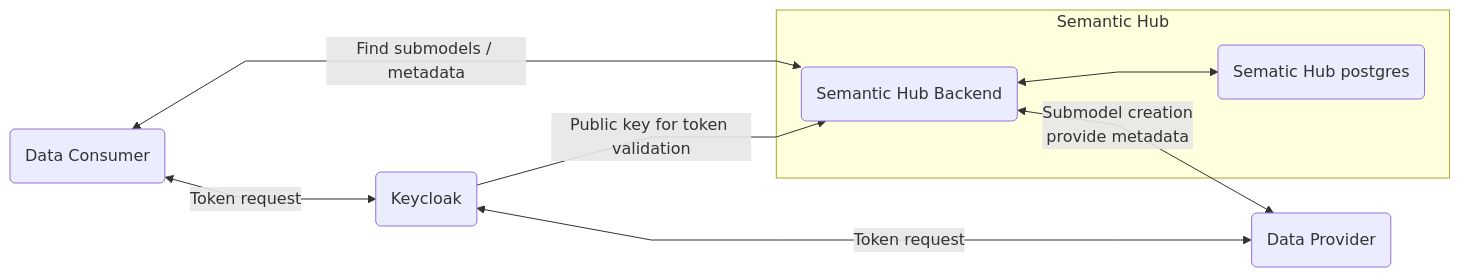
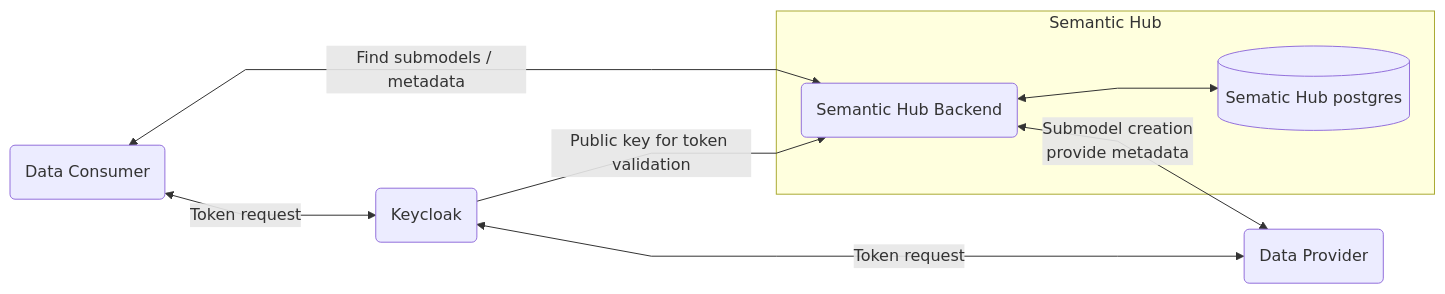
One commit to eclipse-tractusx/sldt-semantic-hub changed the diagram in docs/documentation.md. Above: the diagram before and after it, drawn with Mermaid.

Commit message:
docs: postgres in db shape

````diff
--- a/docs/documentation.md
+++ b/docs/documentation.md
@@ -86,22 +86,22 @@
 ```mermaid
 %%{init: {"flowchart": {"curve": "linear"} }}%%
 flowchart LR
     DC(Data Consumer)
     DP(Data Provider)
     K(Keycloak)
 
     subgraph Semantic Hub
     SHB(Semantic Hub Backend)
-    SH(Sematic Hub postgres)
+    SH[(Sematic Hub postgres)]
     end
     
     SHB <-->|Find submodels / metadata| DC
     SHB <-->|Submodel creation \n provide metadata| DP
 
     SHB <--> SH
 
     K -->|Public key for token validation| SHB
 
     DC <-->|Token request| K
     DP <-->|Token request| K
 ```
````
